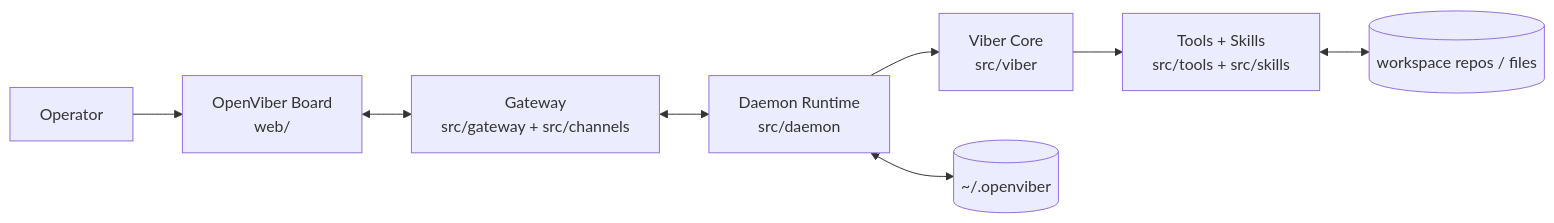
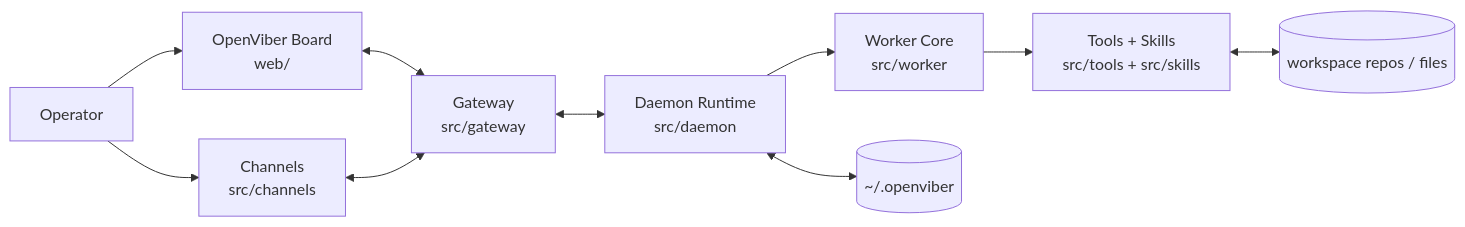
The diagram in docs/design/architecture-overview.md (dustland/openviber), drawn with Mermaid before and after one commit. The commit also changed other lines of this file and 18 other files, not shown here.

````diff
--- a/docs/design/architecture-overview.md
+++ b/docs/design/architecture-overview.md
@@ -12,19 +12,22 @@
 ```mermaid
 flowchart LR
     User[Operator]
     Web[OpenViber Board\nweb/]
-    Gateway[Gateway\nsrc/gateway + src/channels]
+    Gateway[Gateway\nsrc/gateway]
+    Channels[Channels\nsrc/channels]
     Daemon[Daemon Runtime\nsrc/daemon]
-    Viber[Viber Core\nsrc/viber]
+    Worker[Worker Core\nsrc/worker]
     Tools[Tools + Skills\nsrc/tools + src/skills]
     State[(~/.openviber)]
     Spaces[(workspace repos / files)]
 
     User --> Web
+    User --> Channels
     Web <--> Gateway
+    Channels <--> Gateway
     Gateway <--> Daemon
-    Daemon --> Viber
-    Viber --> Tools
+    Daemon --> Worker
+    Worker --> Tools
     Daemon <--> State
     Tools <--> Spaces
 ```
````
